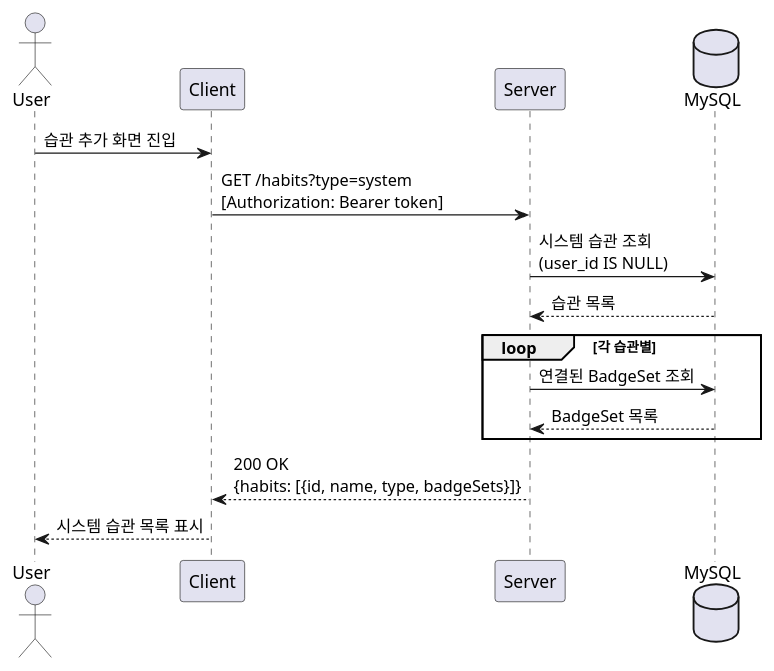
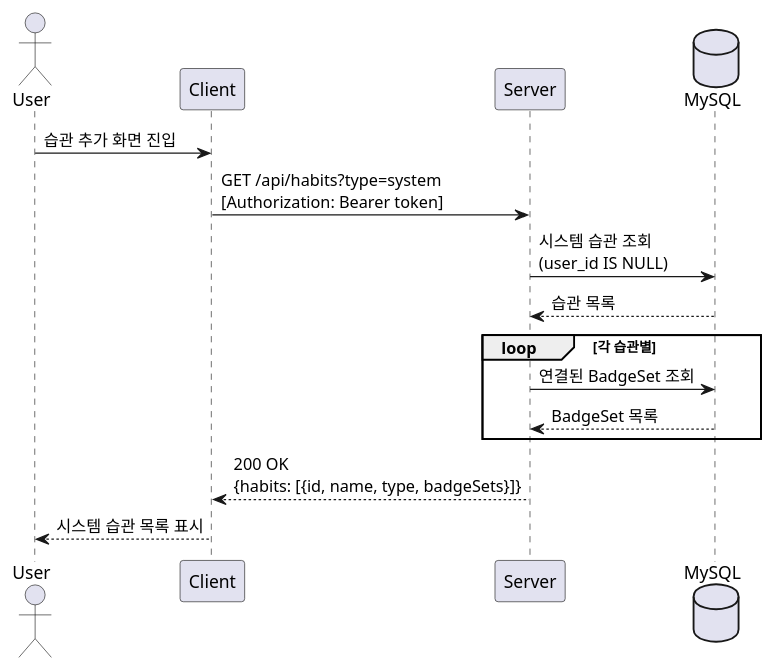
Before and after one commit to daily-one-page/daily-one-page-backend: the fifth of 29 diagrams in docs/sequence-diagram.md, drawn with PlantUML. The commit also changed other lines of this file and 38 other files, not shown here.

First line of the commit message:
docs: Sync API spec, ERD, Sequence Diagram and add Postman Collection

````diff
--- a/docs/sequence-diagram.md
+++ b/docs/sequence-diagram.md
@@ -141,22 +141,22 @@
 ```plantuml
 @startuml 시스템 습관 조회
 actor User
 participant Client
 participant Server
 database MySQL
 
 User -> Client: 습관 추가 화면 진입
-Client -> Server: GET /habits?type=system\n[Authorization: Bearer token]
+Client -> Server: GET /api/habits?type=system\n[Authorization: Bearer token]
 Server -> MySQL: 시스템 습관 조회\n(user_id IS NULL)
 MySQL --> Server: 습관 목록
 
 loop 각 습관별
     Server -> MySQL: 연결된 BadgeSet 조회
     MySQL --> Server: BadgeSet 목록
 end
 
 Server --> Client: 200 OK\n{habits: [{id, name, type, badgeSets}]}
 Client --> User: 시스템 습관 목록 표시
 
 @enduml
 ```
````
